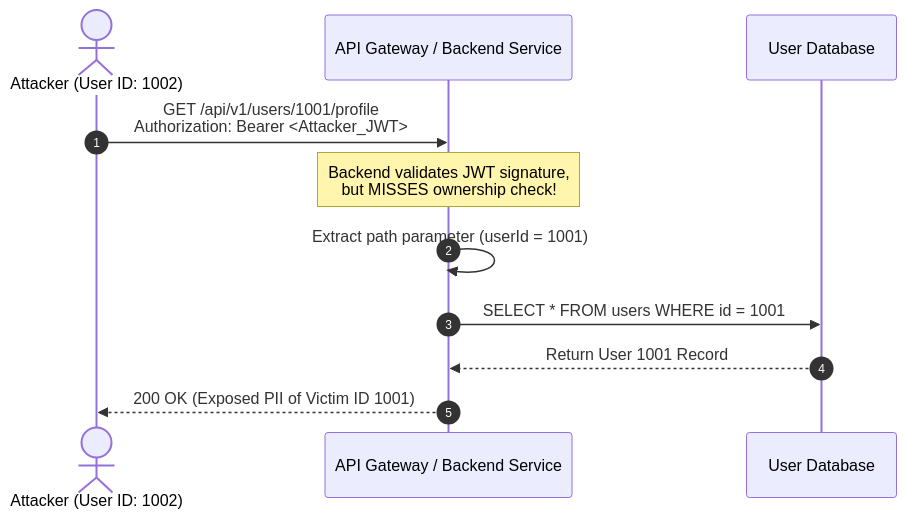
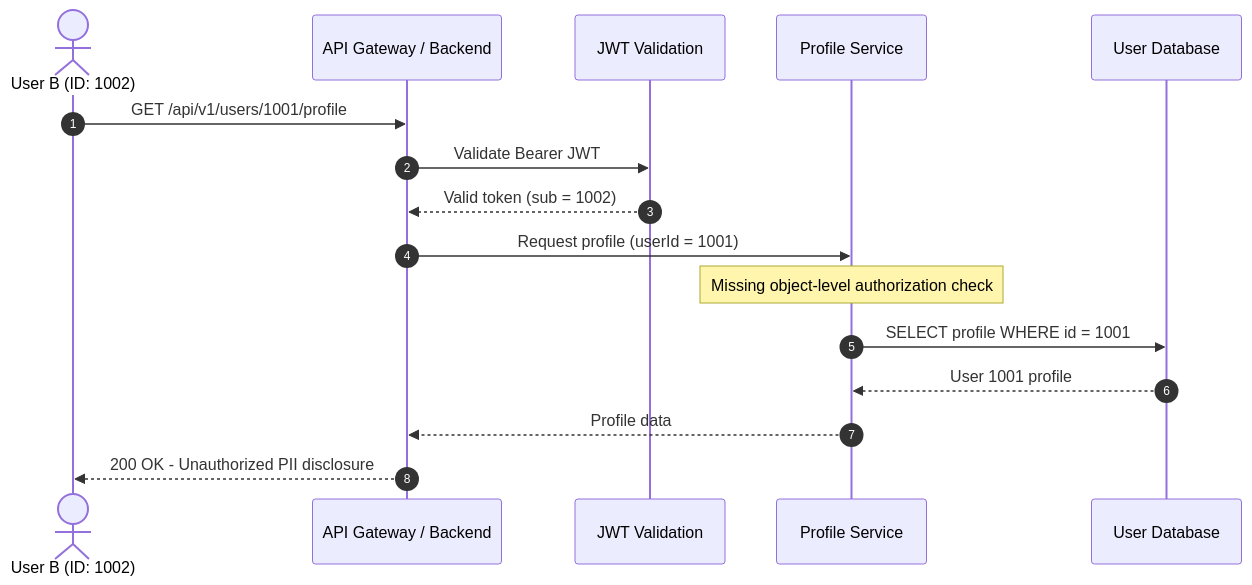
One commit to alamnur7/web-security-research-notes changed the diagram in owasp-top-10/broken-object-level-authorization/bola-id-enumeration-case.md. Above: the diagram before and after it, drawn with Mermaid. The commit also changed other lines of this file, not shown here.

````diff
--- a/owasp-top-10/broken-object-level-authorization/bola-id-enumeration-case.md
+++ b/owasp-top-10/broken-object-level-authorization/bola-id-enumeration-case.md
@@ -27,15 +109,22 @@
 ```mermaid
 sequenceDiagram
     autonumber
-    actor Attacker as Attacker (User ID: 1002)
-    participant API as API Gateway / Backend Service
+
+    actor Attacker as User B (ID: 1002)
+    participant API as API Gateway / Backend
+    participant Auth as JWT Validation
+    participant Service as Profile Service
     participant DB as User Database
 
+    Attacker->>API: GET /api/v1/users/1001/profile
+    API->>Auth: Validate Bearer JWT
+    Auth-->>API: Valid token (sub = 1002)
 
-    Attacker->>API: GET /api/v1/users/1001/profile<br/>Authorization: Bearer <Attacker_JWT>
-    Note over API: Backend validates JWT signature,<br/>but MISSES ownership check!
-    API->>API: Extract path parameter (userId = 1001)
-    API->>DB: SELECT * FROM users WHERE id = 1001;
-    DB-->>API: Return User 1001 Record
-    API-->>Attacker: 200 OK (Exposed PII of Victim ID 1001)
+    API->>Service: Request profile (userId = 1001)
+    Note over Service: Missing object-level authorization check
+
+    Service->>DB: SELECT profile WHERE id = 1001
+    DB-->>Service: User 1001 profile
+    Service-->>API: Profile data
+    API-->>Attacker: 200 OK - Unauthorized PII disclosure
 ```
````
